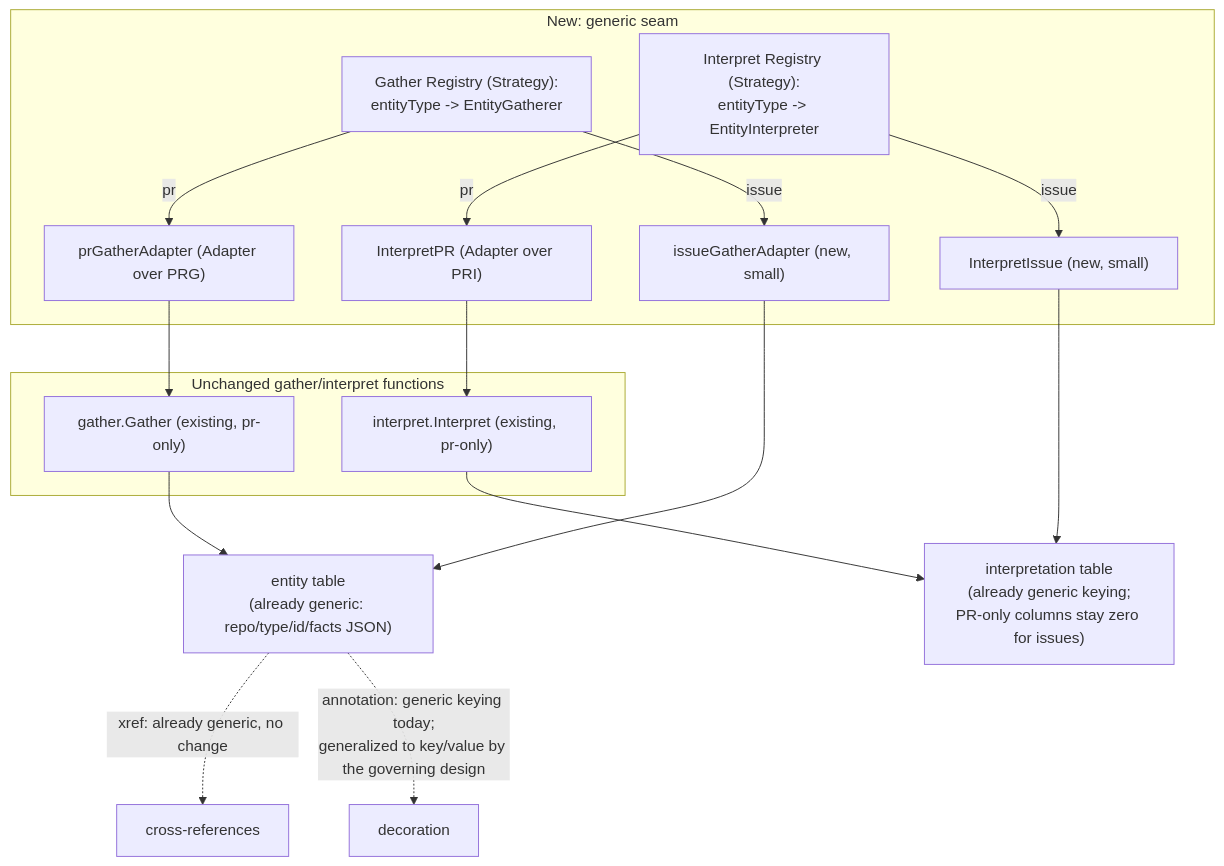
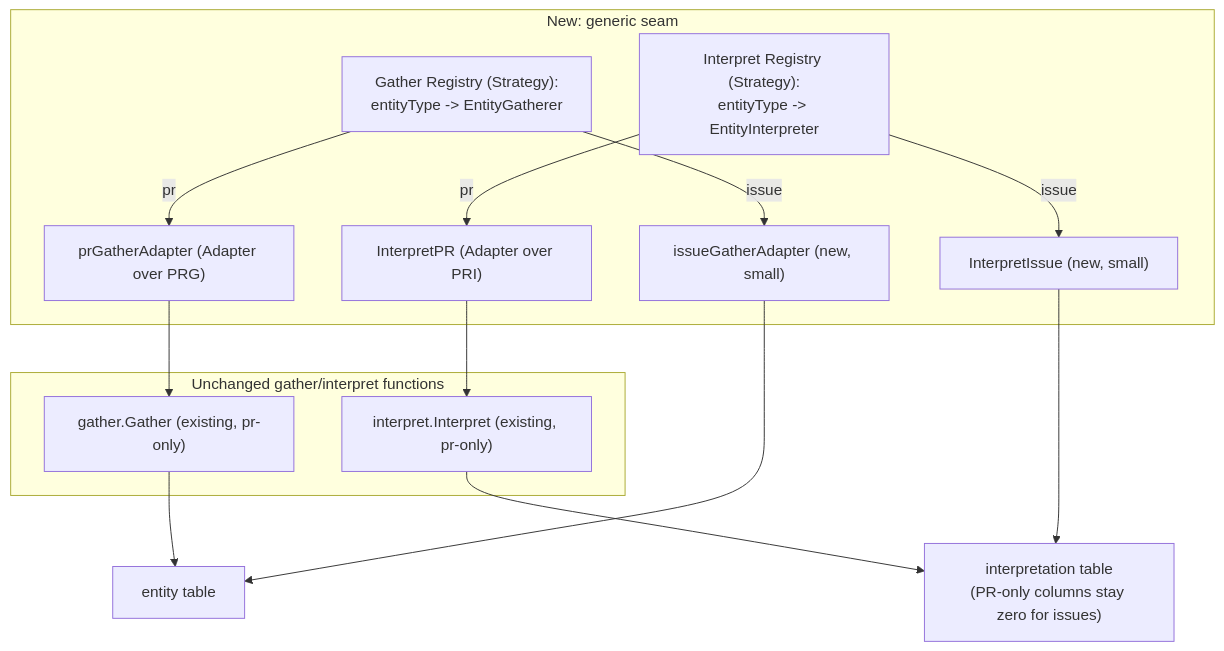
Before and after one commit to phillipgreenii/nix-agent-support: the diagram in docs/superpowers/specs/2026-09-23-pg-desk-generic-entity-pipeline-design.md, drawn with Mermaid. The commit also changed other lines of this file, not shown here.

First line of the commit message:
docs(pg2-2j5ac.46): rewrite generic entity pipeline design to the current design only

````diff
--- a/docs/superpowers/specs/2026-09-23-pg-desk-generic-entity-pipeline-design.md
+++ b/docs/superpowers/specs/2026-09-23-pg-desk-generic-entity-pipeline-design.md
@@ -116,25 +60,23 @@
 ```mermaid
 flowchart TD
     subgraph unchanged["Unchanged gather/interpret functions"]
         PRG["gather.Gather (existing, pr-only)"]
         PRI["interpret.Interpret (existing, pr-only)"]
     end
     subgraph new["New: generic seam"]
-        GREG["Gather Registry (Strategy):\nentityType -> EntityGatherer"]
-        IREG["Interpret Registry (Strategy):\nentityType -> EntityInterpreter"]
+        GREG["Gather Registry (Strategy):<br/>entityType -> EntityGatherer"]
+        IREG["Interpret Registry (Strategy):<br/>entityType -> EntityInterpreter"]
         ISSG["issueGatherAdapter (new, small)"]
         ISSI["InterpretIssue (new, small)"]
         PRGA["prGatherAdapter (Adapter over PRG)"]
         PRIA["InterpretPR (Adapter over PRI)"]
     end
     GREG -->|"pr"| PRGA --> PRG
     GREG -->|"issue"| ISSG
     IREG -->|"pr"| PRIA --> PRI
     IREG -->|"issue"| ISSI
-    PRG --> ENT["entity table\n(already generic: repo/type/id/facts JSON)"]
+    PRG --> ENT["entity table"]
     ISSG --> ENT
-    PRI --> INT["interpretation table\n(already generic keying;\nPR-only columns stay zero for issues)"]
+    PRI --> INT["interpretation table<br/>(PR-only columns stay zero for issues)"]
     ISSI --> INT
-    ENT -.->|"xref: already generic, no change"| XREF["cross-references"]
-    ENT -.->|"annotation: generic keying today;\ngeneralized to key/value by the governing design"| ANNO["decoration"]
 ```
````
